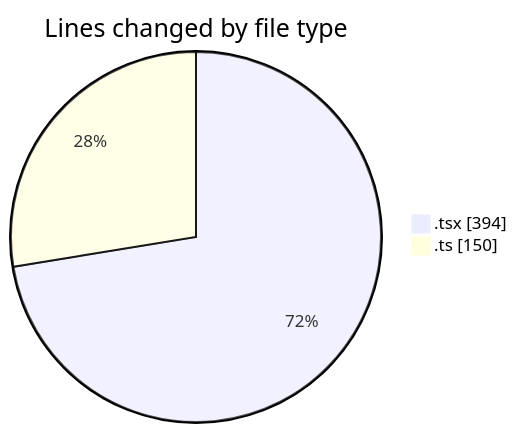
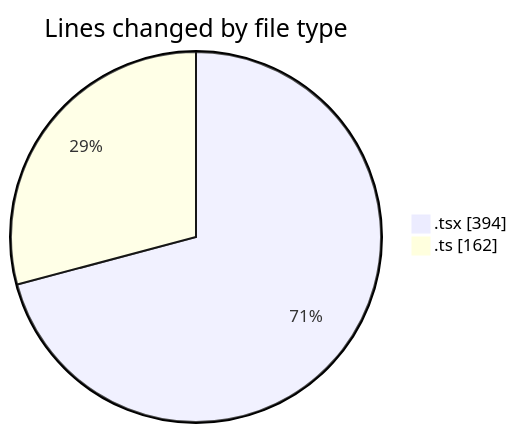
The first of 2 diagrams in 2025-05-20/mbc-web/README.md (robertbonfada/code-tracking), drawn with Mermaid before and after one commit. The commit also changed other lines of this file and 1 other file, not shown here.

````diff
--- a/2025-05-20/mbc-web/README.md
+++ b/2025-05-20/mbc-web/README.md
@@ -24,6 +24,6 @@
 ```mermaid
 pie showData
 title Lines changed by file type
 ".tsx" : 394
-".ts" : 150
+".ts" : 162
 ```
````
